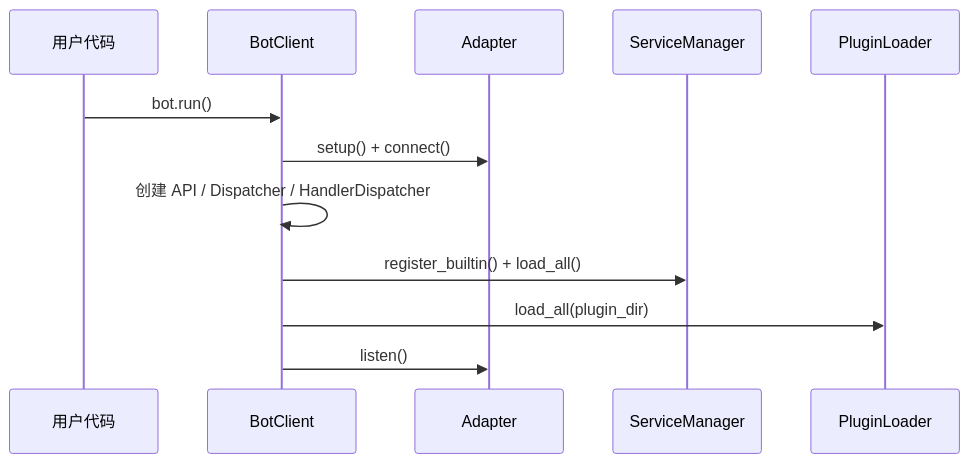
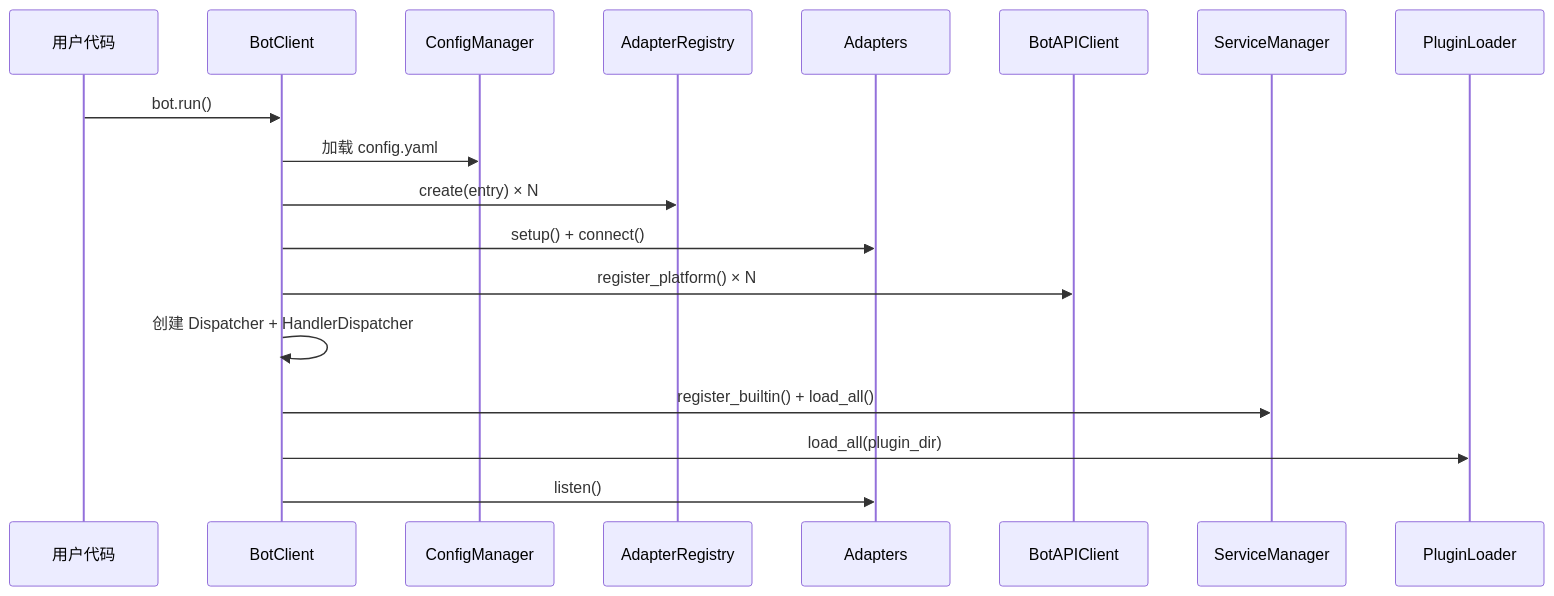
Diagram 12 of 16 in docs/architecture.md (Sparrived/ncatbot), drawn with Mermaid before and after one commit. The commit also changed other lines of this file and 91 other files, not shown here.

````diff
--- a/docs/architecture.md
+++ b/docs/architecture.md
@@ -552,15 +705,21 @@
 ```mermaid
 sequenceDiagram
     participant User as 用户代码
     participant Client as BotClient
-    participant Adapter as Adapter
+    participant Config as ConfigManager
+    participant Registry as AdapterRegistry
+    participant Adapter as Adapters
+    participant API as BotAPIClient
     participant Svc as ServiceManager
     participant Plug as PluginLoader
 
     User->>Client: bot.run()
+    Client->>Config: 加载 config.yaml
+    Client->>Registry: create(entry) × N
     Client->>Adapter: setup() + connect()
-    Client->>Client: 创建 API / Dispatcher / HandlerDispatcher
+    Client->>API: register_platform() × N
+    Client->>Client: 创建 Dispatcher + HandlerDispatcher
     Client->>Svc: register_builtin() + load_all()
     Client->>Plug: load_all(plugin_dir)
     Client->>Adapter: listen()
 ```
````
